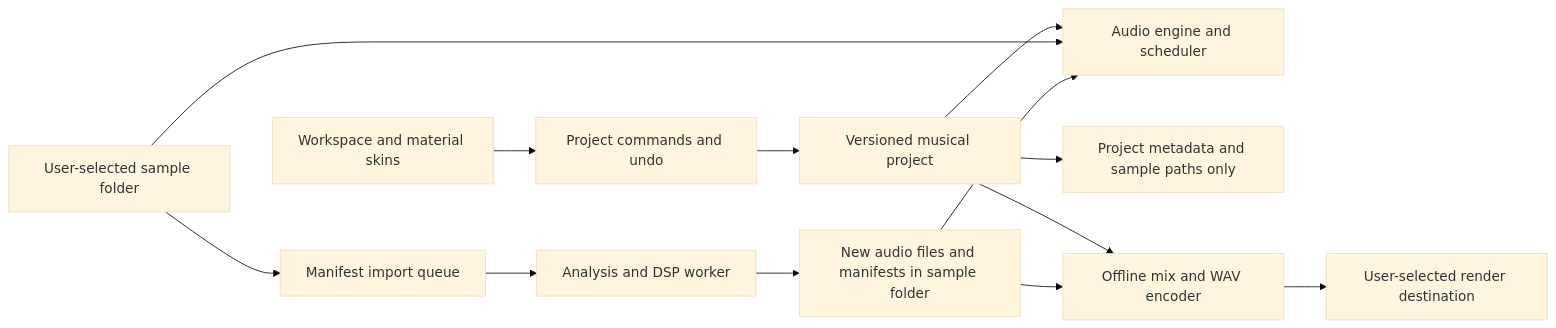
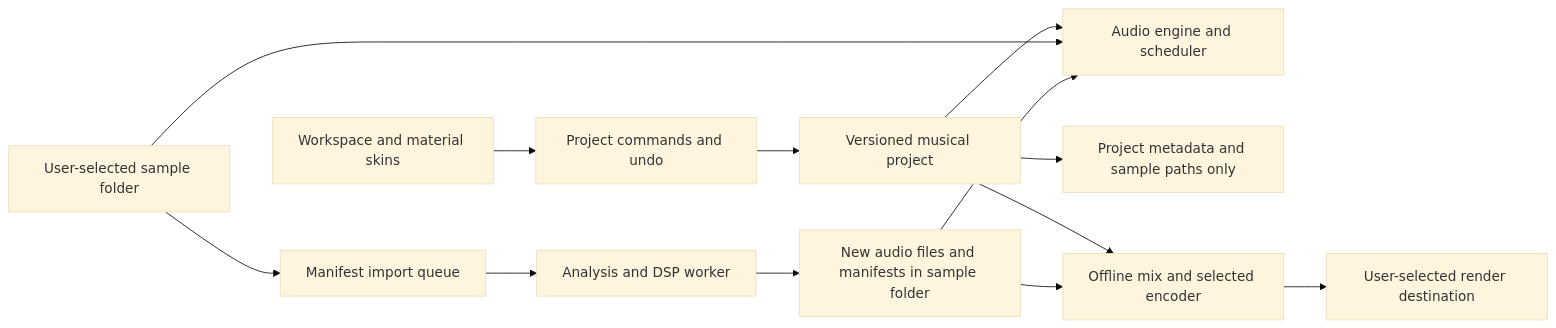
One commit to satyrlord/ravefold changed the diagram in docs/plan.md. Above: the diagram before and after it, drawn with Mermaid (base theme). The commit also changed other lines of this file and 14 other files, not shown here.

````diff
--- a/docs/plan.md
+++ b/docs/plan.md
@@ -242,15 +275,15 @@
 ```mermaid
 flowchart LR
   UI[Workspace and material skins] --> Commands[Project commands and undo]
   Commands --> Project[Versioned musical project]
   Project --> Engine[Audio engine and scheduler]
   Folder[User-selected sample folder] --> Queue[Manifest import queue]
   Queue --> Worker[Analysis and DSP worker]
   Worker --> Store[New audio files and manifests in sample folder]
   Folder --> Engine
   Store --> Engine
   Project --> Save[Project metadata and sample paths only]
-  Project --> Export[Offline mix and WAV encoder]
+  Project --> Export[Offline mix and selected encoder]
   Store --> Export
   Export --> Destination[User-selected render destination]
 ```
````
